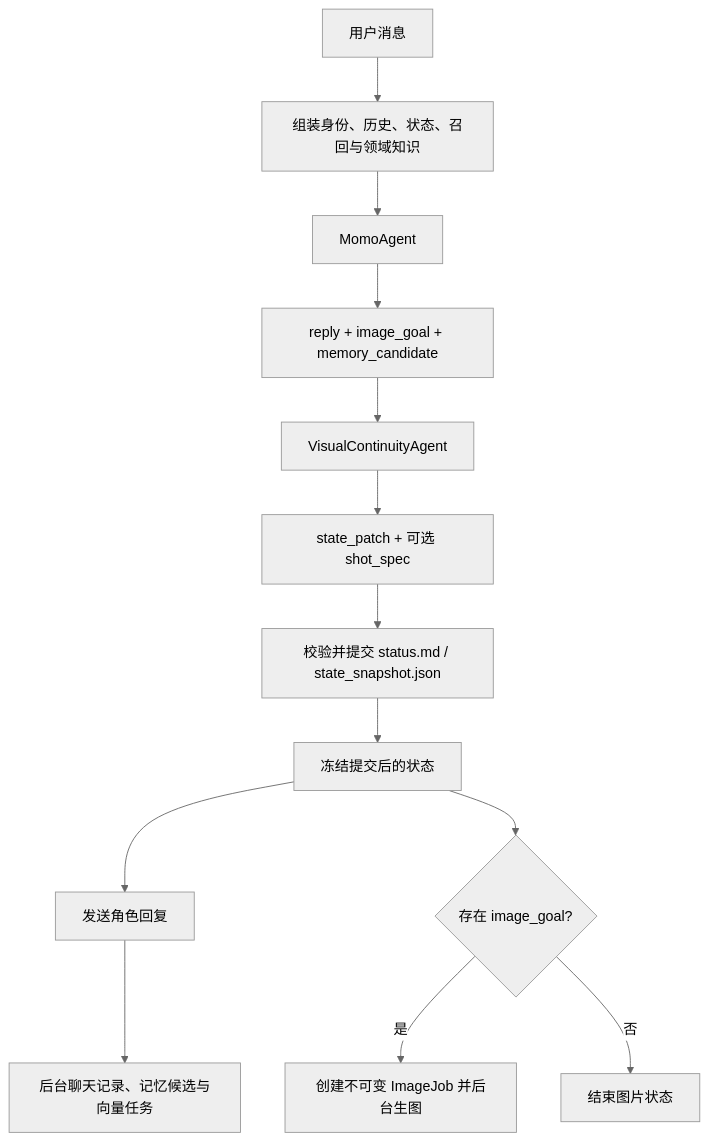
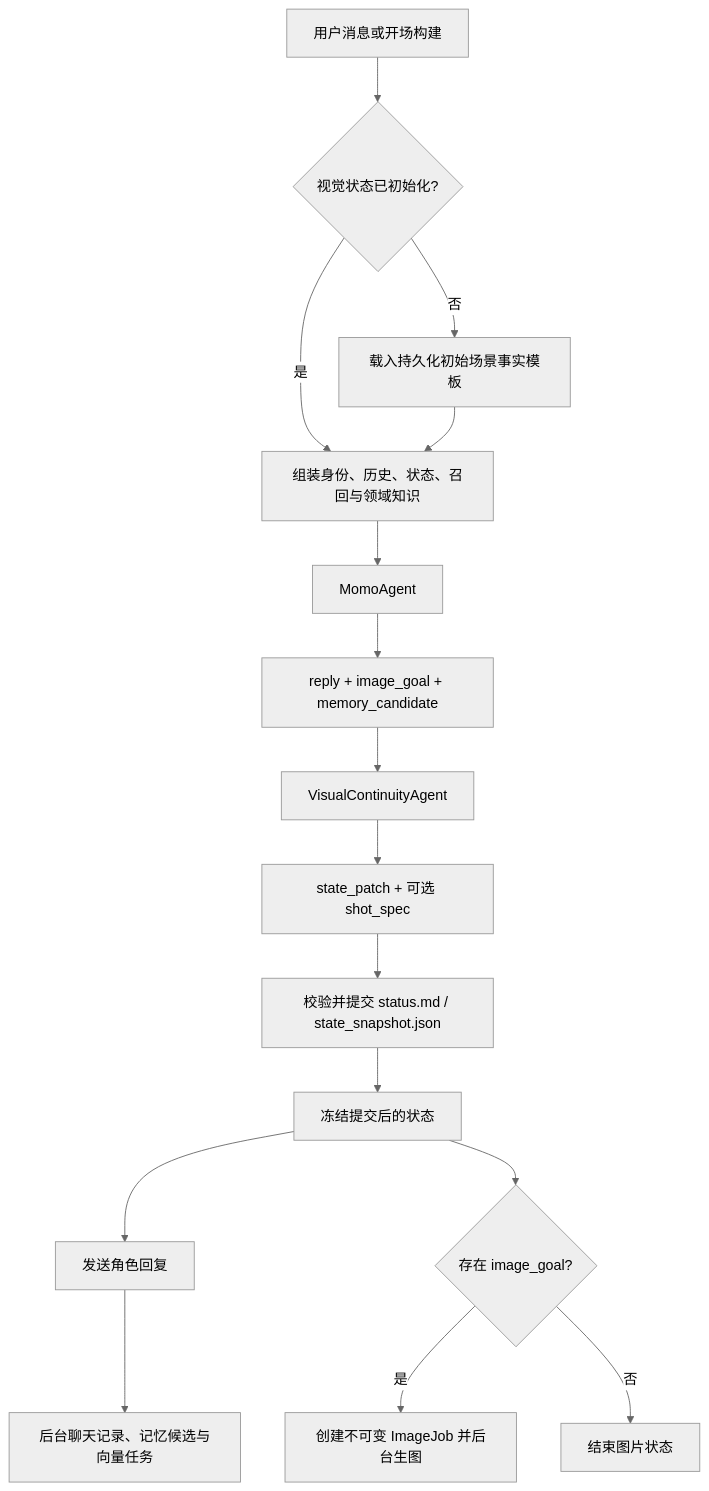
Before and after one commit to zhengendong/ai-gf-momo: the diagram in docs/ARCHITECTURE_INDEX.md, drawn with Mermaid (neutral theme). The commit also changed other lines of this file and 33 other files, not shown here.

Commit message:
Backup current architecture and prompt pipeline

````diff
--- a/docs/ARCHITECTURE_INDEX.md
+++ b/docs/ARCHITECTURE_INDEX.md
@@ -33,15 +35,18 @@
 ```mermaid
 flowchart TD
-  A["用户消息"] --> B["组装身份、历史、状态、召回与领域知识"]
+  A["用户消息或开场构建"] --> A1{"视觉状态已初始化?"}
+  A1 -- "否" --> A2["载入持久化初始场景事实模板"]
+  A1 -- "是" --> B["组装身份、历史、状态、召回与领域知识"]
+  A2 --> B
   B --> C["MomoAgent"]
   C --> D["reply + image_goal + memory_candidate"]
   D --> E["VisualContinuityAgent"]
   E --> F["state_patch + 可选 shot_spec"]
   F --> G["校验并提交 status.md / state_snapshot.json"]
   G --> H["冻结提交后的状态"]
   H --> I["发送角色回复"]
   H --> J{"存在 image_goal?"}
   J -- 是 --> K["创建不可变 ImageJob 并后台生图"]
   J -- 否 --> L["结束图片状态"]
   I --> M["后台聊天记录、记忆候选与向量任务"]
 ```
````
